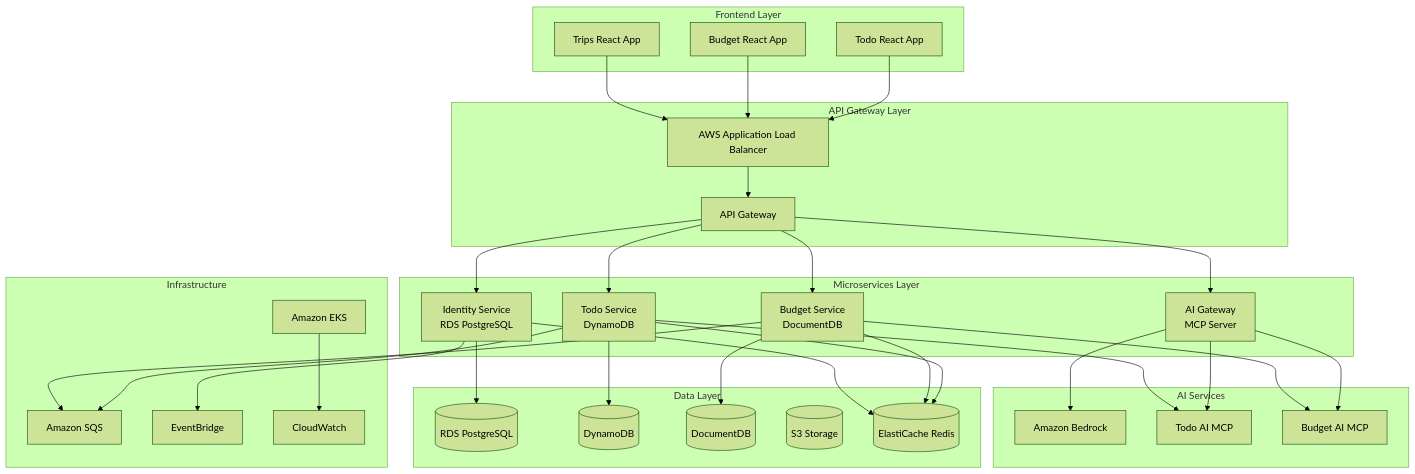
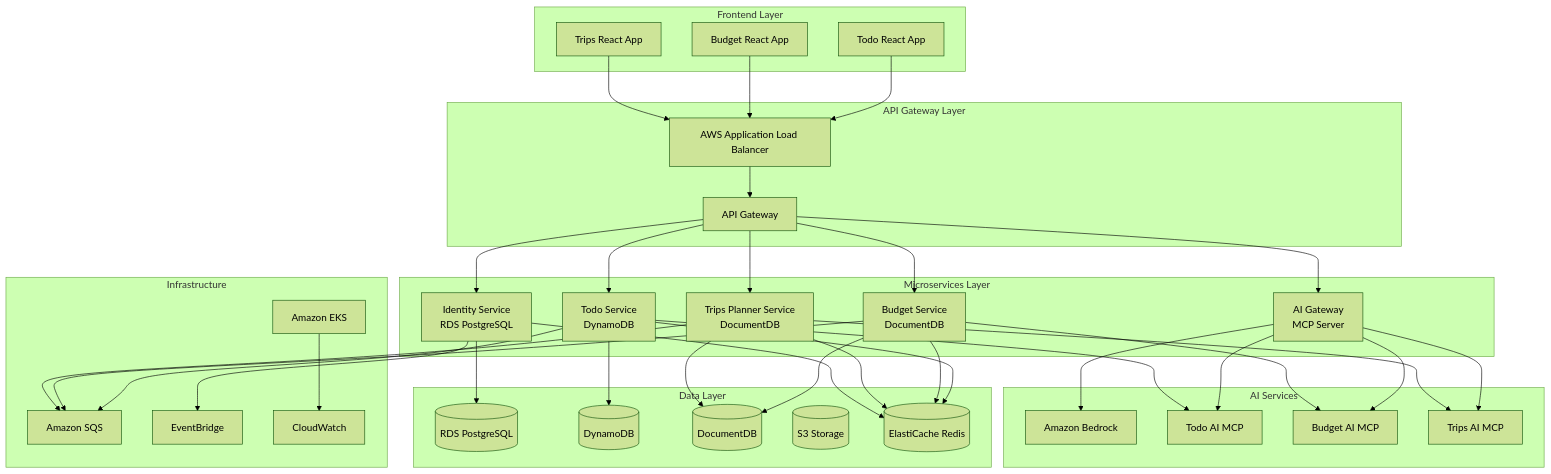
The first of 2 diagrams in docs/architecture/system-overview.md (kjaworski/HomeManager), drawn with Mermaid (forest theme) before and after one commit. The commit also changed other lines of this file and 5 other files, not shown here.

First line of the commit message:
docs: Add comprehensive trips planner service documentation (#9)

````diff
--- a/docs/architecture/system-overview.md
+++ b/docs/architecture/system-overview.md
@@ -8,72 +8,80 @@
 ```mermaid
 graph TB
     subgraph "Frontend Layer"
         TodoApp[Todo React App]
         BudgetApp[Budget React App]
         TripsApp[Trips React App]
     end
     
     subgraph "API Gateway Layer"
         ALB[AWS Application Load Balancer]
         APIGW[API Gateway]
     end
     
     subgraph "Microservices Layer"
         Identity[Identity Service<br/>RDS PostgreSQL]
         Todo[Todo Service<br/>DynamoDB]
         Budget[Budget Service<br/>DocumentDB]
+        TripsPlanner[Trips Planner Service<br/>DocumentDB]
         AIGateway[AI Gateway<br/>MCP Server]
     end
     
     subgraph "AI Services"
         Bedrock[Amazon Bedrock]
         TodoAI[Todo AI MCP]
         BudgetAI[Budget AI MCP]
+        TripsAI[Trips AI MCP]
     end
     
     subgraph "Data Layer"
         RDS[(RDS PostgreSQL)]
         DDB[(DynamoDB)]
         DocDB[(DocumentDB)]
         S3[(S3 Storage)]
         Redis[(ElastiCache Redis)]
     end
     
     subgraph "Infrastructure"
         EKS[Amazon EKS]
         SQS[Amazon SQS]
         EventBridge[EventBridge]
         CloudWatch[CloudWatch]
     end
     
     TodoApp --> ALB
     BudgetApp --> ALB
     TripsApp --> ALB
     
     ALB --> APIGW
     APIGW --> Identity
     APIGW --> Todo
     APIGW --> Budget
+    APIGW --> TripsPlanner
     APIGW --> AIGateway
     
     Identity --> RDS
     Todo --> DDB
     Budget --> DocDB
+    TripsPlanner --> DocDB
     
     AIGateway --> Bedrock
     AIGateway --> TodoAI
     AIGateway --> BudgetAI
+    AIGateway --> TripsAI
     
     Todo --> TodoAI
     Budget --> BudgetAI
+    TripsPlanner --> TripsAI
     
     Todo --> Redis
     Budget --> Redis
+    TripsPlanner --> Redis
     Identity --> Redis
     
     Todo --> SQS
     Budget --> SQS
+    TripsPlanner --> SQS
     Identity --> EventBridge
     
     EKS --> CloudWatch
 ```
````
